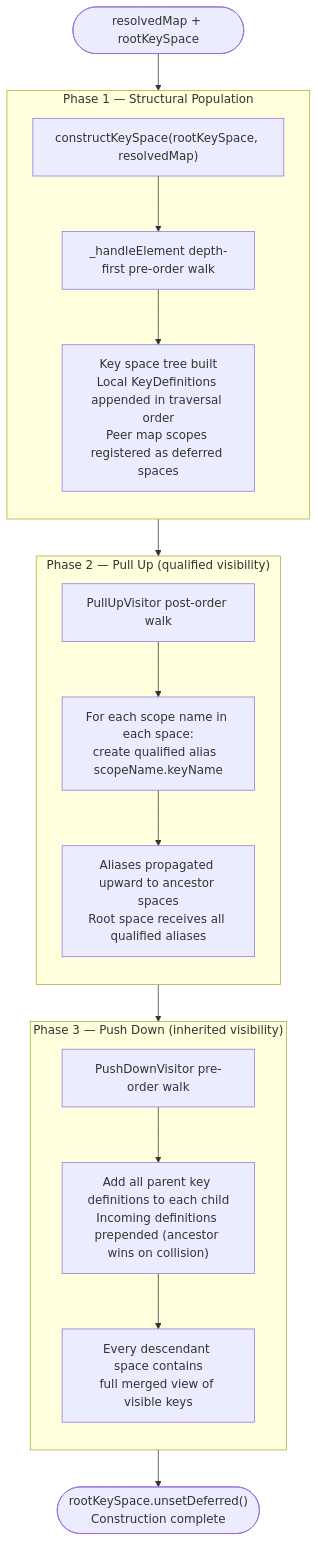
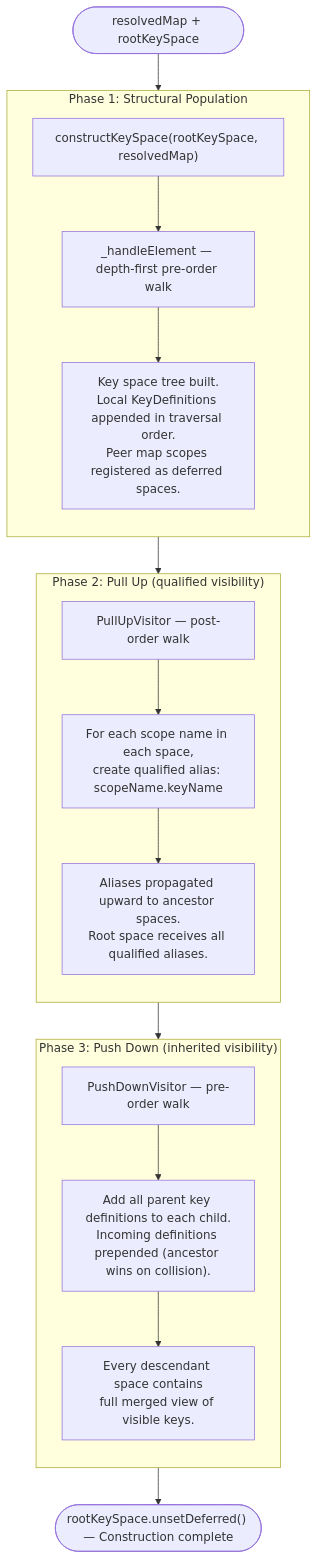
Before and after one commit to dita-community/pydita: the diagram in docs/images/keyspace-construction-overview.md, drawn with Mermaid. The commit also changed 3 other files, not shown here.

First line of the commit message:
#8: Fix Mermaid parse errors in diagram files

````diff
--- a/docs/images/keyspace-construction-overview.md
+++ b/docs/images/keyspace-construction-overview.md
@@ -3,34 +3,34 @@
 ```mermaid
 flowchart TD
     IN([resolvedMap + rootKeySpace]) --> P1
 
-    subgraph P1["Phase 1 — Structural Population"]
+    subgraph P1["Phase 1: Structural Population"]
         direction TB
         P1A["constructKeySpace(rootKeySpace, resolvedMap)"]
-        P1B["_handleElement depth-first pre-order walk"]
-        P1C["Key space tree built\nLocal KeyDefinitions appended in traversal order\nPeer map scopes registered as deferred spaces"]
+        P1B["_handleElement — depth-first pre-order walk"]
+        P1C["Key space tree built.\nLocal KeyDefinitions appended in traversal order.\nPeer map scopes registered as deferred spaces."]
         P1A --> P1B --> P1C
     end
 
     P1 --> P2
 
-    subgraph P2["Phase 2 — Pull Up (qualified visibility)"]
+    subgraph P2["Phase 2: Pull Up (qualified visibility)"]
         direction TB
-        P2A["PullUpVisitor post-order walk"]
-        P2B["For each scope name in each space:\ncreate qualified alias  scopeName.keyName"]
-        P2C["Aliases propagated upward to ancestor spaces\nRoot space receives all qualified aliases"]
+        P2A["PullUpVisitor — post-order walk"]
+        P2B["For each scope name in each space,\ncreate qualified alias: scopeName.keyName"]
+        P2C["Aliases propagated upward to ancestor spaces.\nRoot space receives all qualified aliases."]
         P2A --> P2B --> P2C
     end
 
     P2 --> P3
 
-    subgraph P3["Phase 3 — Push Down (inherited visibility)"]
+    subgraph P3["Phase 3: Push Down (inherited visibility)"]
         direction TB
-        P3A["PushDownVisitor pre-order walk"]
-        P3B["Add all parent key definitions to each child\nIncoming definitions prepended (ancestor wins on collision)"]
-        P3C["Every descendant space contains\nfull merged view of visible keys"]
+        P3A["PushDownVisitor — pre-order walk"]
+        P3B["Add all parent key definitions to each child.\nIncoming definitions prepended (ancestor wins on collision)."]
+        P3C["Every descendant space contains\nfull merged view of visible keys."]
         P3A --> P3B --> P3C
     end
 
-    P3 --> DONE(["rootKeySpace.unsetDeferred()\nConstruction complete"])
+    P3 --> DONE(["rootKeySpace.unsetDeferred() — Construction complete"])
 ```
````
